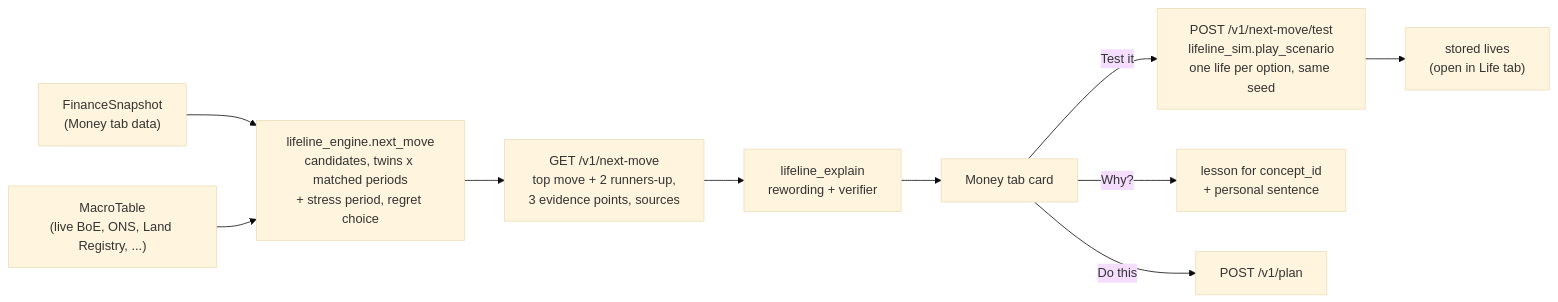
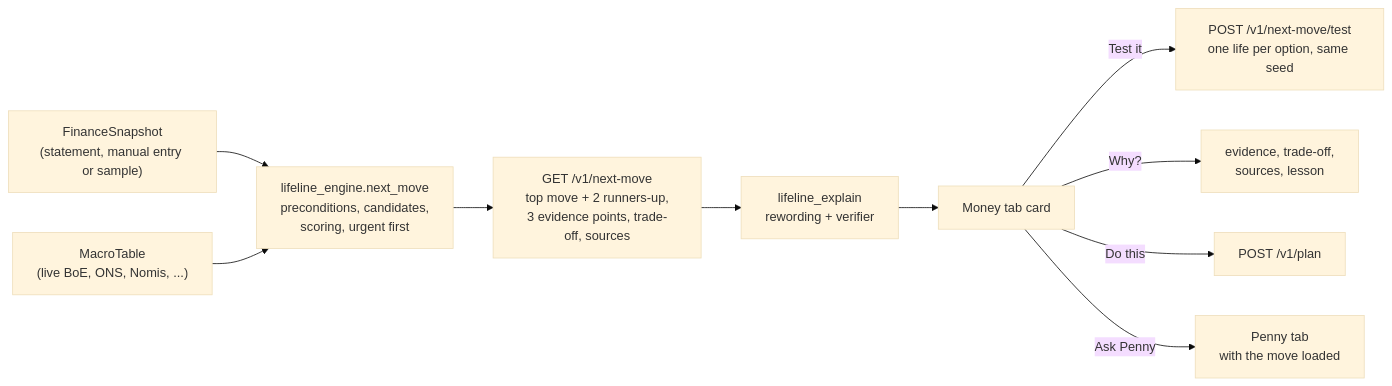
Before and after one commit to expires/guts-hackathon-2026: the second of 3 diagrams in docs/architecture.md, drawn with Mermaid (base theme). The commit also changed other lines of this file and 440 other files, not shown here.

````diff
--- a/docs/architecture.md
+++ b/docs/architecture.md
@@ -136,12 +173,12 @@
 ```mermaid
 flowchart LR
-  SNAP["FinanceSnapshot<br/>(Money tab data)"] --> NM
-  MT["MacroTable<br/>(live BoE, ONS, Land Registry, ...)"] --> NM
-  NM["lifeline_engine.next_move<br/>candidates, twins x matched periods<br/>+ stress period, regret choice"] --> CARD
-  CARD["GET /v1/next-move<br/>top move + 2 runners-up,<br/>3 evidence points, sources"] --> EX["lifeline_explain<br/>rewording + verifier"]
+  SNAP["FinanceSnapshot<br/>(statement, manual entry or sample)"] --> NM
+  MT["MacroTable<br/>(live BoE, ONS, Nomis, ...)"] --> NM
+  NM["lifeline_engine.next_move<br/>preconditions, candidates,<br/>scoring, urgent first"] --> CARD
+  CARD["GET /v1/next-move<br/>top move + 2 runners-up,<br/>3 evidence points, trade-off, sources"] --> EX["lifeline_explain<br/>rewording + verifier"]
   EX --> APP["Money tab card"]
-  APP -- "Test it" --> TEST["POST /v1/next-move/test<br/>lifeline_sim.play_scenario<br/>one life per option, same seed"]
-  APP -- "Why?" --> WHY["lesson for concept_id<br/>+ personal sentence"]
+  APP -- "Test it" --> TEST["POST /v1/next-move/test<br/>one life per option, same seed"]
+  APP -- "Why?" --> WHY["evidence, trade-off,<br/>sources, lesson"]
   APP -- "Do this" --> PLAN["POST /v1/plan"]
-  TEST --> LIFE["stored lives<br/>(open in Life tab)"]
+  APP -- "Ask Penny" --> PENNY["Penny tab<br/>with the move loaded"]
 ```
````
